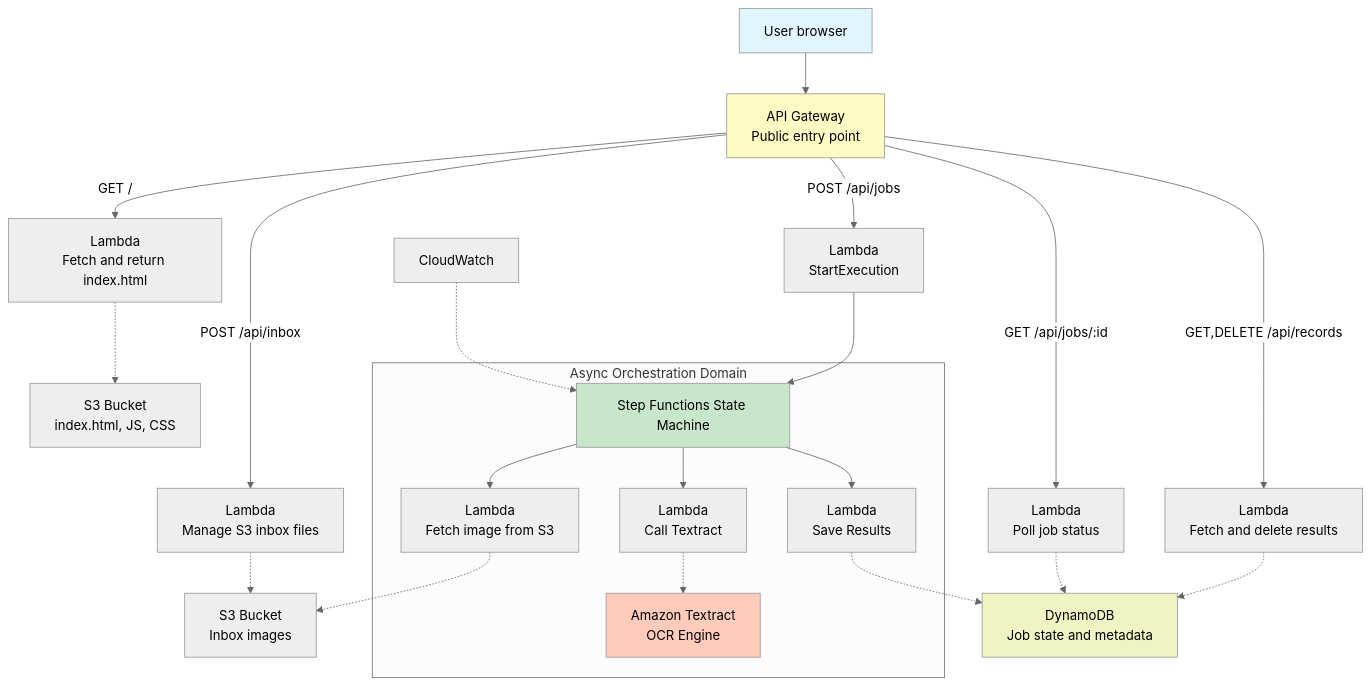
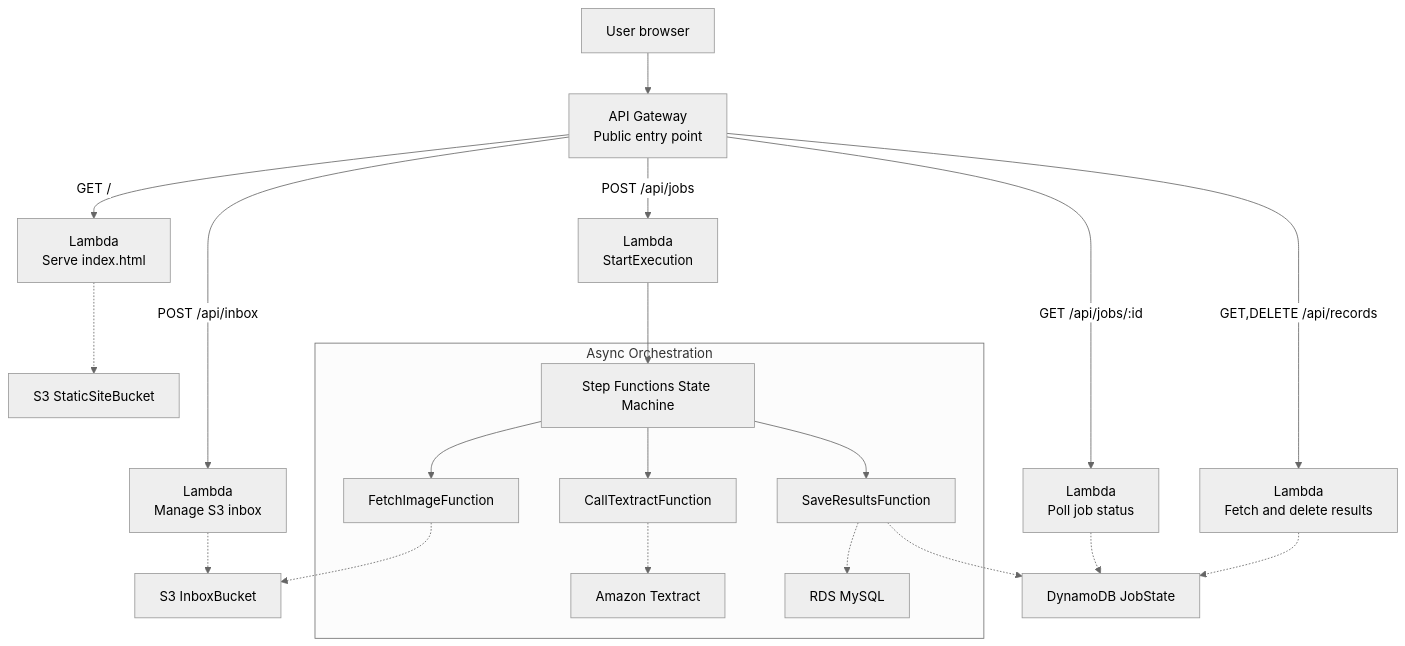
The diagram in README.md (jsimplice/CMSC471), drawn with Mermaid (neutral theme) before and after one commit. The commit also changed other lines of this file and 21 other files, not shown here.

````diff
--- a/README.md
+++ b/README.md
@@ -26,32 +27,26 @@
 ```mermaid
 graph TD
     User[User browser] --> APIG[API Gateway<br/>Public entry point]
-    APIG -->|GET /| L0[Lambda<br/>Fetch and return index.html]
-    APIG -->|POST /api/inbox| LInbox[Lambda<br/>Manage S3 inbox files]
+    APIG -->|GET /| L0[Lambda<br/>Serve index.html]
+    APIG -->|POST /api/inbox| LInbox[Lambda<br/>Manage S3 inbox]
     APIG -->|POST /api/jobs| LSubmit[Lambda<br/>StartExecution]
     APIG -->|GET /api/jobs/:id| LPoll[Lambda<br/>Poll job status]
     APIG -->|GET,DELETE /api/records| LRecords[Lambda<br/>Fetch and delete results]
 
-    L0 -.-> S3Web[S3 Bucket<br/>index.html, JS, CSS]
-    LInbox -.-> S3Store[S3 Bucket<br/>Inbox images]
+    L0 -.-> S3Web[S3 StaticSiteBucket]
+    LInbox -.-> S3Store[S3 InboxBucket]
     LSubmit --> SF[Step Functions State Machine]
-    LPoll -.-> DDB[DynamoDB<br/>Job state and metadata]
+    LPoll -.-> DDB[DynamoDB JobState]
     LRecords -.-> DDB
 
-    subgraph Serverless[Async Orchestration Domain]
-        SF --> L1[Lambda<br/>Fetch image from S3]
-        SF --> L2[Lambda<br/>Call Textract]
-        SF --> L3[Lambda<br/>Save Results]
-        L2 -.-> Textract[Amazon Textract<br/>OCR Engine]
+    subgraph Serverless[Async Orchestration]
+        SF --> L1[FetchImageFunction]
+        SF --> L2[CallTextractFunction]
+        SF --> L3[SaveResultsFunction]
+        L2 -.-> Textract[Amazon Textract]
+        L3 -.-> RDS[RDS MySQL]
     end
 
     L1 -.-> S3Store
     L3 -.-> DDB
-    CW[CloudWatch] -.-> SF
-
-    style User fill:#e1f5ff
-    style APIG fill:#fff9c4
-    style SF fill:#c8e6c9
-    style Textract fill:#ffccbc
-    style DDB fill:#f0f4c3
 ```
````
